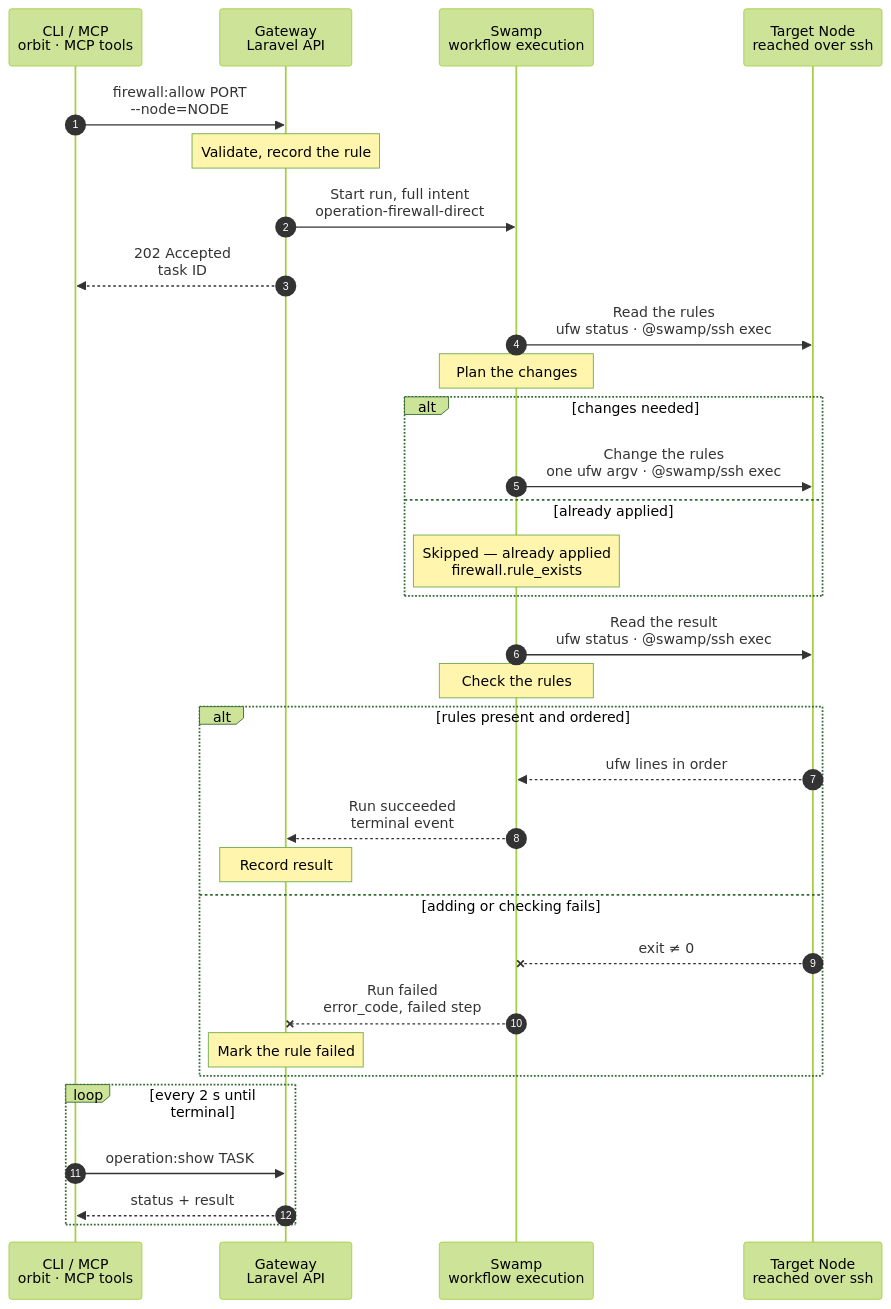
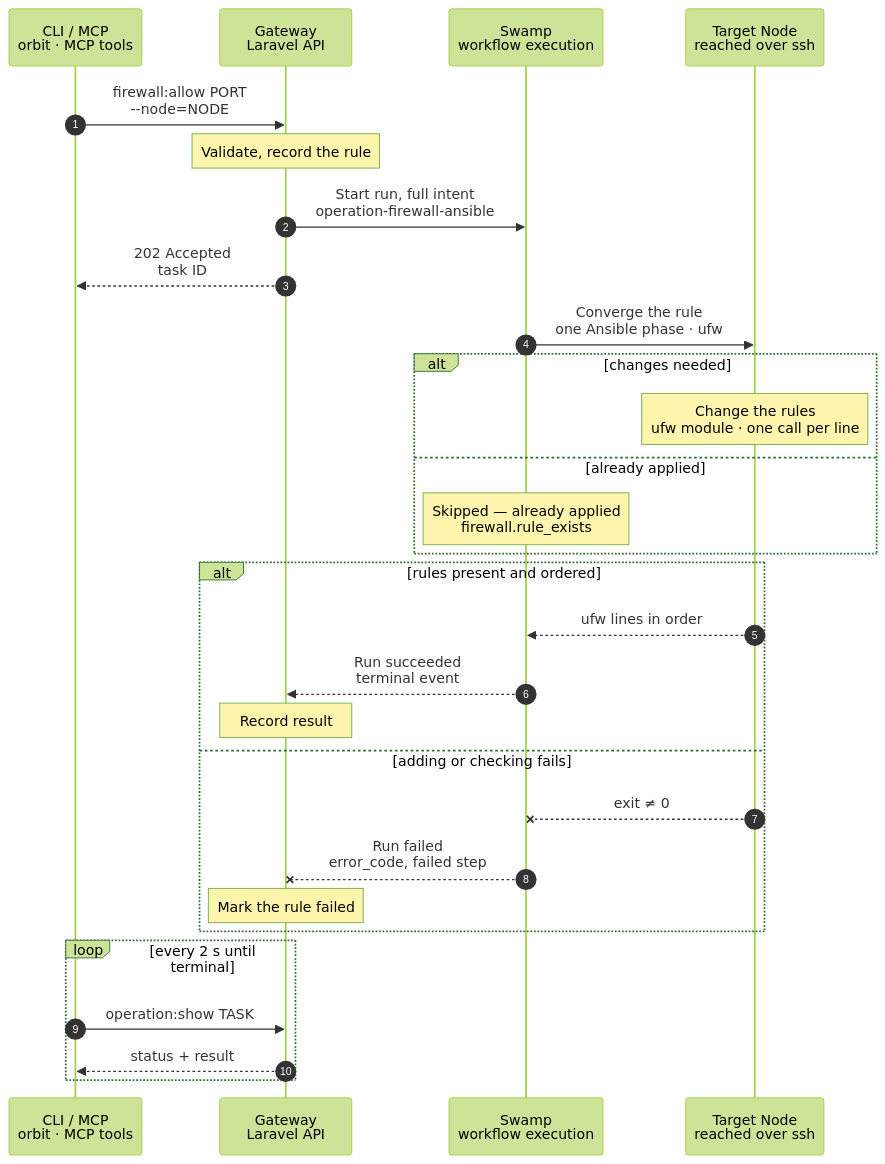
The diagram in docs/cli/firewall/allow.mmd (hardimpactdev/orbit), drawn with Mermaid (forest theme) before and after one commit. The commit also changed 9 other files, not shown here.

First line of the commit message:
spike(firewall): firewall:allow as one Ansible phase

```diff
--- a/docs/cli/firewall/allow.mmd
+++ b/docs/cli/firewall/allow.mmd
@@ -1,129 +1,126 @@
 sequenceDiagram
   %% Target design: ADR 0244 task, ADR 0241 allowlists, DECISIONS R1-R4 + 5 (process.stop shape, shared SSH identity).
   %% Tightened: flow-tighten 2026-11-03, rule 22 (no script: one ufw argv per change over @swamp/ssh exec; a typed step plans positions, Lab #4334).
+  %% Decided by Nick, 2026-11-07 (shape spike): the whole Node side is one Ansible phase; the plan is a Jinja template with Molecule unit cases, applied with the `community.general.ufw` module (it can insert at a row and name a port range).
   %% status: reviewed
   %% command: firewall:allow
   %% kind: firewall.allow
   autonumber
   %% lane CLI icon=terminal pill=caller tone=gray
   %% lane GW icon=gateway pill=intent tone=blue
   %% lane SW icon=workflow pill=executes tone=green
   %% lane N icon=server pill=target tone=amber
   participant CLI as CLI / MCP<br/>orbit · MCP tools
   participant GW as Gateway<br/>Laravel API
   participant SW as Swamp<br/>workflow execution
   participant N as Target Node<br/>reached over ssh
   CLI->>GW: firewall:allow PORT<br/>--node=NODE
   %%> Command:
   %%> - `orbit firewall:allow PORT --node=NODE`
   %%> - syntax: `<port> --node=ID [--from=SOURCE] [--protocol=tcp|udp] [--label=TEXT]`
   %%> Input:
   %%> - the destination port or port range
   %%> - the Node, and optionally the source address and the protocol
   %%> - optionally a label or short description
   %%> Not accepted:
   %%> - service names such as `postgres` as the port
   %%> Who can call it:
   %%> - the `orbit` CLI and the MCP tool send the same request
   Note over GW: Validate, record the rule
   %%> Requirements:
   %%> - the calling Node has an access grant to the target Node
   %%> - the target is an active Linux Node
   %%> - the port and source are valid
   %%> - no opposite rule for the same port, protocol and source; an allow and a deny for exactly the same scope is refused (`firewall.rule_conflict`)
   %%> - no other firewall change runs on the target; the Gateway holds one lock per Node
   %%> Allowed:
   %%> - repeat an active or failed allow rule: reuse its record and check the Node in a new task
   %%> - overlapping rules with a different scope, such as a broad deny with an allow for one source
   %%> Result:
   %%> - the new or reused rule is recorded with status provisioning
   %%> - a task is recorded with the full intent
   %%> - nothing has happened on the Node yet
-  GW->>SW: Start run, full intent<br/>operation-firewall-direct
+  GW->>SW: Start run, full intent<br/>operation-firewall-ansible
   %%> What it does:
   %%> - starts one Swamp run
   %%> Inputs:
   %%> - the rule as exact ufw lines: port, protocol, source, direction
   %%> - the target's address and SSH host keys; the SSH identity comes from the `swamp` role
   GW-->>CLI: 202 Accepted<br/>task ID
   %%> What you get:
   %%> - the task ID, at once
   %%> Next:
   %%> - the CLI follows the task with `operation:show`
-  SW->>N: Read the rules<br/>ufw status · @swamp/ssh exec
-  %%> How:
-  %%> - a Swamp worker reaches the target over SSH with the official `@swamp/ssh` behavior
-  %%> - refuses an inactive firewall (`firewall.backend_inactive`) before any change
-  Note over SW: Plan the changes
+  SW->>N: Converge the rule<br/>one Ansible phase · ufw
   %%> What it does:
-  %%> - turns ufw's numbered rows into the ufw commands this rule needs, in order
-  %%> - an insert position counts the rows as they will be after the earlier commands
-  %%> - plans no changes when every expected line already exists in the correct position
+  %%> - one Ansible phase on the target, over SSH from the Swamp Node
+  %%> - reads `ufw status numbered` and refuses an inactive firewall (`firewall.backend_inactive`) before any change
+  %%> - plans the lines this rule needs, in order, and applies them one `ufw` module call at a time
+  %%> - reads `ufw status numbered` again and checks that every expected line is present, in narrow-first order
+  %%> - writes the public result (`active`, or the skip reason, or the error code) for the Gateway
   %%> Order:
   %%> - narrower rules go above broader ones, allow or deny, so an exception such as one IP wins over a rule for anywhere
   %%> - ufw stops at the first match, so Orbit sets this order on every change
   %%> - all operator rules sit above Orbit's own broad rules, such as WireGuard peer trust, so a deny on a port also applies to WireGuard peers
-  %%> Why typed, not cfgmgmt:
-  %%> - `@swamp/cfgmgmt/firewall` cannot insert at a position (Lab #4334) or name a port range
+  %%> Already applied:
+  %%> - plans no changes when every expected line already exists in the correct position
+  %%> - the check still runs before the task can succeed, and the result is `Skipped — already applied (firewall.rule_exists)`
+  %%> A line in the wrong place:
+  %%> - is deleted and inserted again at the right row
+  %%> Why one phase:
+  %%> - the read, the plan, each change and the check are tasks of one playbook, not Swamp steps: a rerun changes nothing, and the Swamp run is three steps (input, phase, result)
   alt changes needed
     %% path: changes-needed
-    SW->>N: Change the rules<br/>one ufw argv · @swamp/ssh exec
+    Note over N: Change the rules<br/>ufw module · one call per line
     %%> What it does:
     %%> - adds one ufw allow line per port, protocol and family, commented with its label
-    %%> - inserts each line at the position the plan names; an existing identical, well-placed line is left as it is
+    %%> - inserts each line at the row the plan names; an existing identical, well-placed line is left as it is
     %%> - moves a line that sits in the wrong place: deletes it, then inserts it again
-    %%> - runs the planned commands one at a time; nothing is copied to the Node
+    %%> - nothing is copied to the Node
   else already applied
     %% path: already-applied
     Note over SW: Skipped — already applied<br/>firewall.rule_exists
     %%> Result:
     %%> - the plan contains no changes
-    %%> - the final read and check still run before the task can succeed
+    %%> - the check still runs before the task can succeed
   end
-  SW->>N: Read the result<br/>ufw status · @swamp/ssh exec
-  Note over SW: Check the rules
-  %%> What it does:
-  %%> - checks every expected line is present, in narrow-first order
-  %%> - prints the public result; a line that ufw changed in between fails the check, and a rerun repairs it
-  %%> Why:
-  %%> - the rule only counts as active when ufw shows it
   alt rules present and ordered
     %% path: succeeded
     N-->>SW: ufw lines in order
     %%> Returns:
     %%> - the check passed for every line and its narrow-first order
     SW-->>GW: Run succeeded<br/>terminal event
     %%> How the Gateway learns it:
     %%> - its shared run reader sees the terminal event; Swamp never calls the Gateway
     Note over GW: Record result
     %%> Result:
     %%> - the rule becomes active
     %%> - the task succeeds
     %%> - if no changes were needed, reports `Skipped — already applied (firewall.rule_exists)`
     %%> - the skip reason is part of the successful result in human and machine output, not an error
   else adding or checking fails
     %% path: failed
     N--xSW: exit ≠ 0
     %%> When:
     %%> - ufw refuses the line, SSH fails, or a line is missing after the add
     SW--xGW: Run failed<br/>error_code, failed step
     %%> The Gateway reads:
     %%> - which step failed and its error code
     Note over GW: Mark the rule failed
     %%> Result:
     %%> - the rule is marked failed, so you can see it
     %%> - the task fails
     %%> On the Node:
     %%> - lines added before the failure stay; there is no rollback
     %%> - that is safe: the rule is marked failed, and a rerun skips lines that already exist
     %%> Retry:
     %%> - run the same command again after fixing the cause; it is a new task
   end
   loop every 2 s until terminal
     CLI->>GW: operation:show TASK
     %%> What it does:
     %%> - asks for the task's status every 2 seconds until it has ended
     GW-->>CLI: status + result
     %%> Returns:
     %%> - the current status, and the result once the task has ended
   end
```
